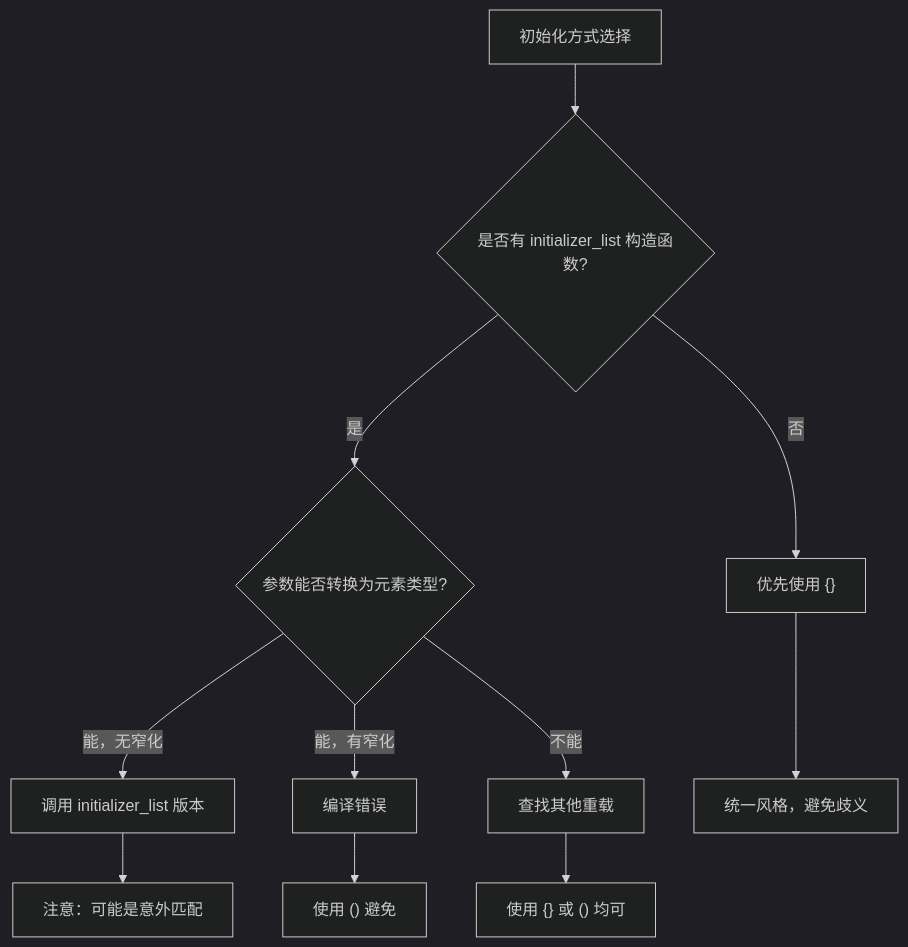
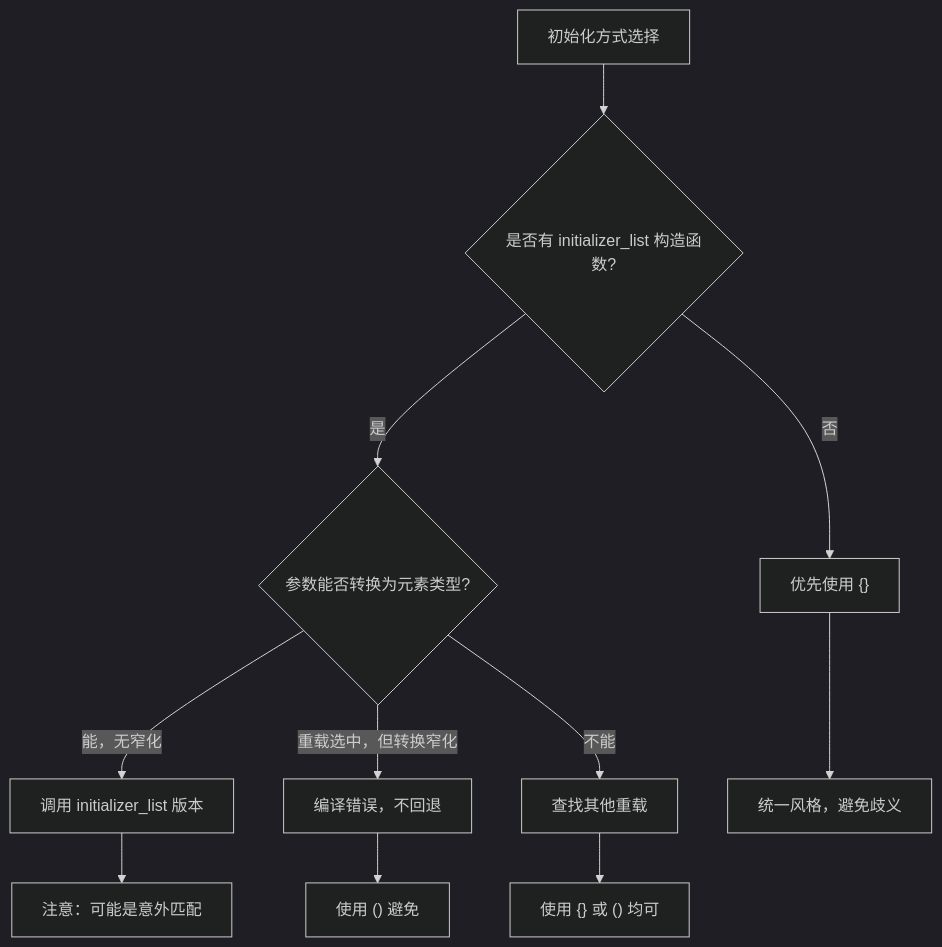
One commit to mlbo/cpp_learning changed the first of 6 diagrams in week_01/day_03/README.md. Above: the diagram before and after it, drawn with Mermaid (dark theme). The commit also changed other lines of this file and 675 other files, not shown here.

````diff
--- a/week_01/day_03/README.md
+++ b/week_01/day_03/README.md
@@ -167,13 +227,13 @@
 ```mermaid
 graph TB
     A["初始化方式选择"] --> B{"是否有 initializer_list 构造函数?"}
     B -->|"是"| C{"参数能否转换为元素类型?"}
     B -->|"否"| D["优先使用 {}"]
     C -->|"能，无窄化"| E["调用 initializer_list 版本"]
-    C -->|"能，有窄化"| F["编译错误"]
+    C -->|"重载选中，但转换窄化"| F["编译错误，不回退"]
     C -->|"不能"| G["查找其他重载"]
     D --> H["统一风格，避免歧义"]
     E --> I["注意：可能是意外匹配"]
     F --> J["使用 () 避免"]
     G --> K["使用 {} 或 () 均可"]
 ```
````
